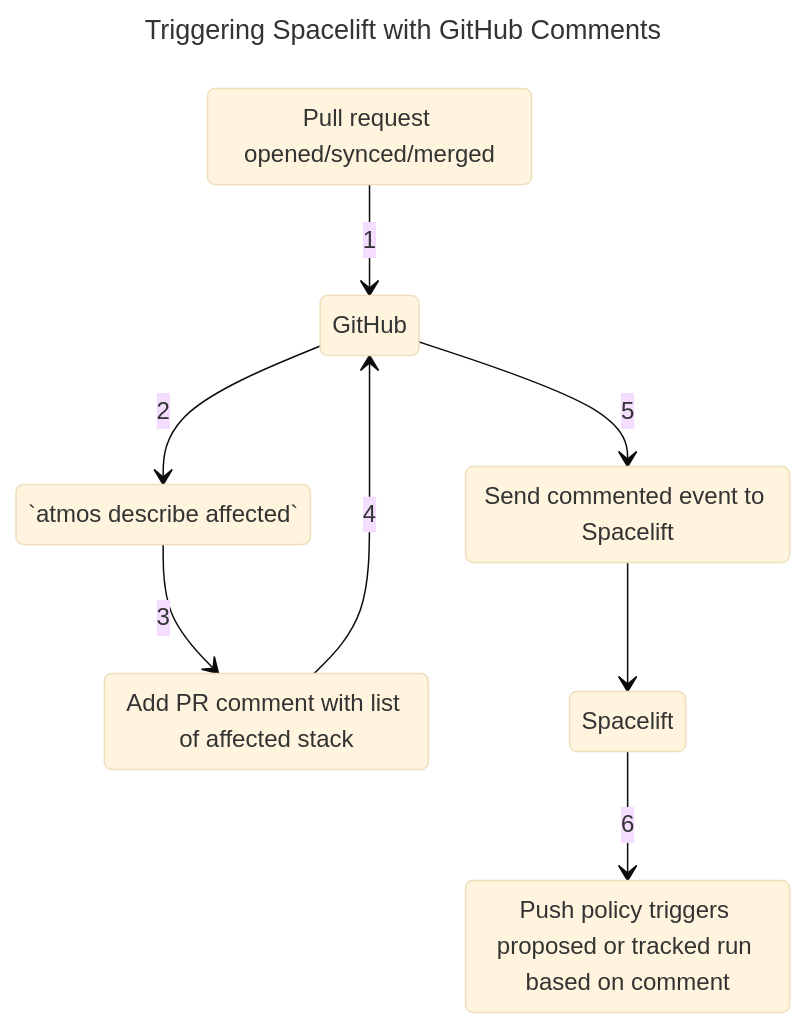
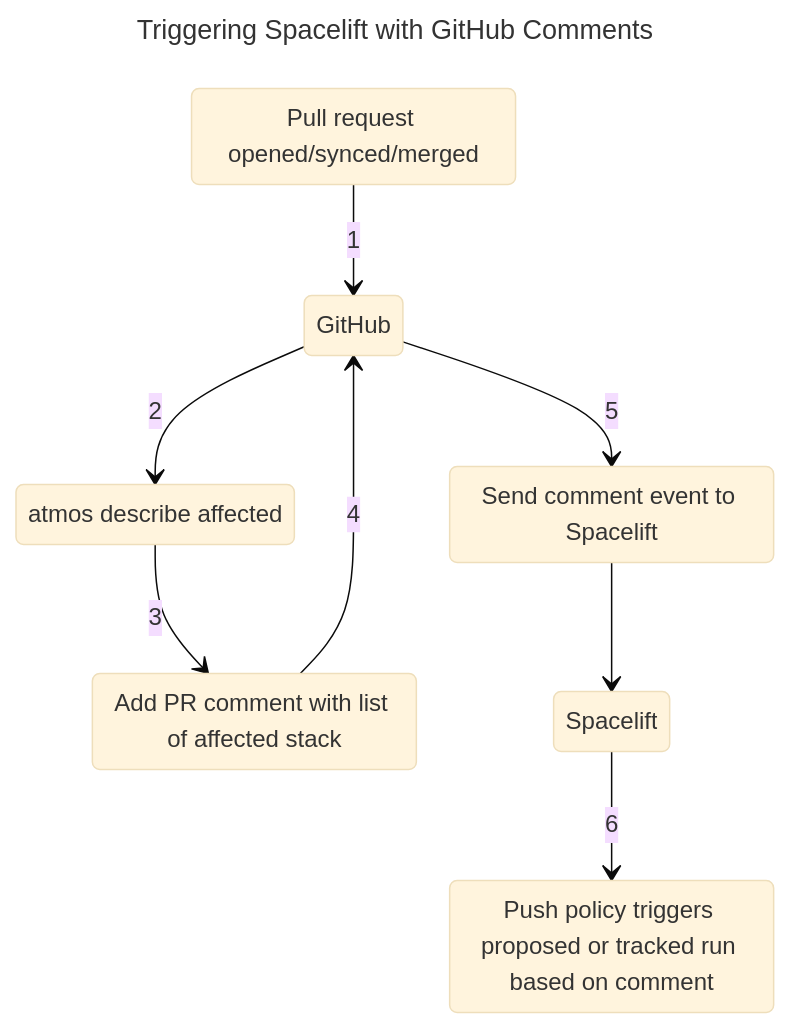
Before and after one commit to cloudposse/terraform-aws-components: the diagram in modules/spacelift/README.md, drawn with Mermaid (base theme).

Commit message:
added mermaid diagram

````diff
--- a/modules/spacelift/README.md
+++ b/modules/spacelift/README.md
@@ -218,21 +218,21 @@
 ```mermaid
 ---
 title: Triggering Spacelift with GitHub Comments
 ---
 stateDiagram-v2
     pr --> gh : 1
     gh --> affected : 2
     affected --> pr_comment : 3
     pr_comment --> gh : 4
     gh --> comment : 5
     comment --> spacelift
     spacelift --> trigger : 6
 
     state "Pull request opened/synced/merged" as pr
     state "GitHub" as gh
-    state "`atmos describe affected`" as affected
+    state "atmos describe affected" as affected
     state "Add PR comment with list of affected stack" as pr_comment
-    state "Send commented event to Spacelift" as comment
+    state "Send comment event to Spacelift" as comment
     state "Spacelift" as spacelift
     state "Push policy triggers proposed or tracked run based on comment" as trigger
 ```
````
